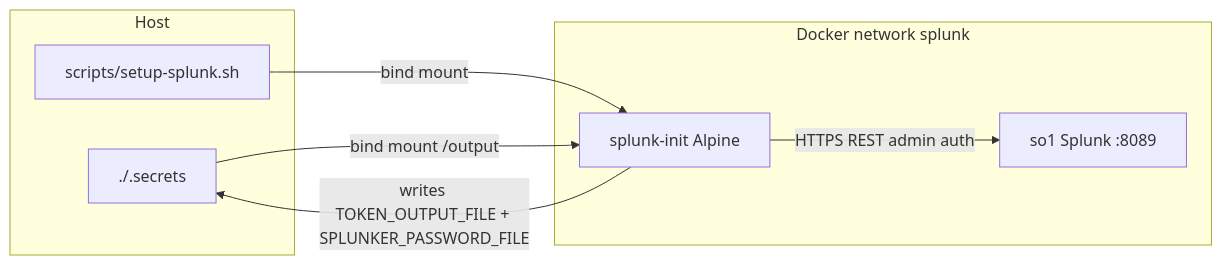
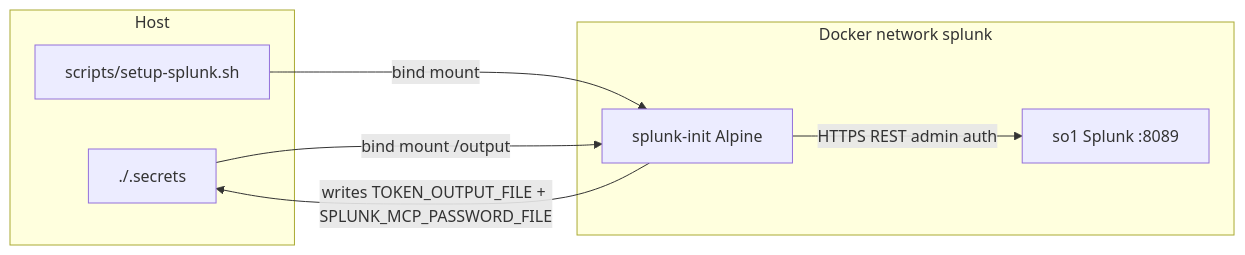
One commit to dd-Splunk/splunk-mcp changed the first of 3 diagrams in docs/SETUP_SPLUNK_SCRIPT.md. Above: the diagram before and after it, drawn with Mermaid. The commit also changed other lines of this file and 8 other files, not shown here.

````diff
--- a/docs/SETUP_SPLUNK_SCRIPT.md
+++ b/docs/SETUP_SPLUNK_SCRIPT.md
@@ -22,15 +22,15 @@
 ```mermaid
 flowchart LR
   subgraph host["Host"]
     secrets["./.secrets"]
     script["scripts/setup-splunk.sh"]
   end
   subgraph docker["Docker network splunk"]
     so1["so1 Splunk :8089"]
     init["splunk-init Alpine"]
   end
   script -->|"bind mount"| init
   secrets -->|"bind mount /output"| init
   init -->|"HTTPS REST admin auth"| so1
-  init -->|"writes TOKEN_OUTPUT_FILE + SPLUNKER_PASSWORD_FILE"| secrets
+  init -->|"writes TOKEN_OUTPUT_FILE + SPLUNK_MCP_PASSWORD_FILE"| secrets
 ```
````
